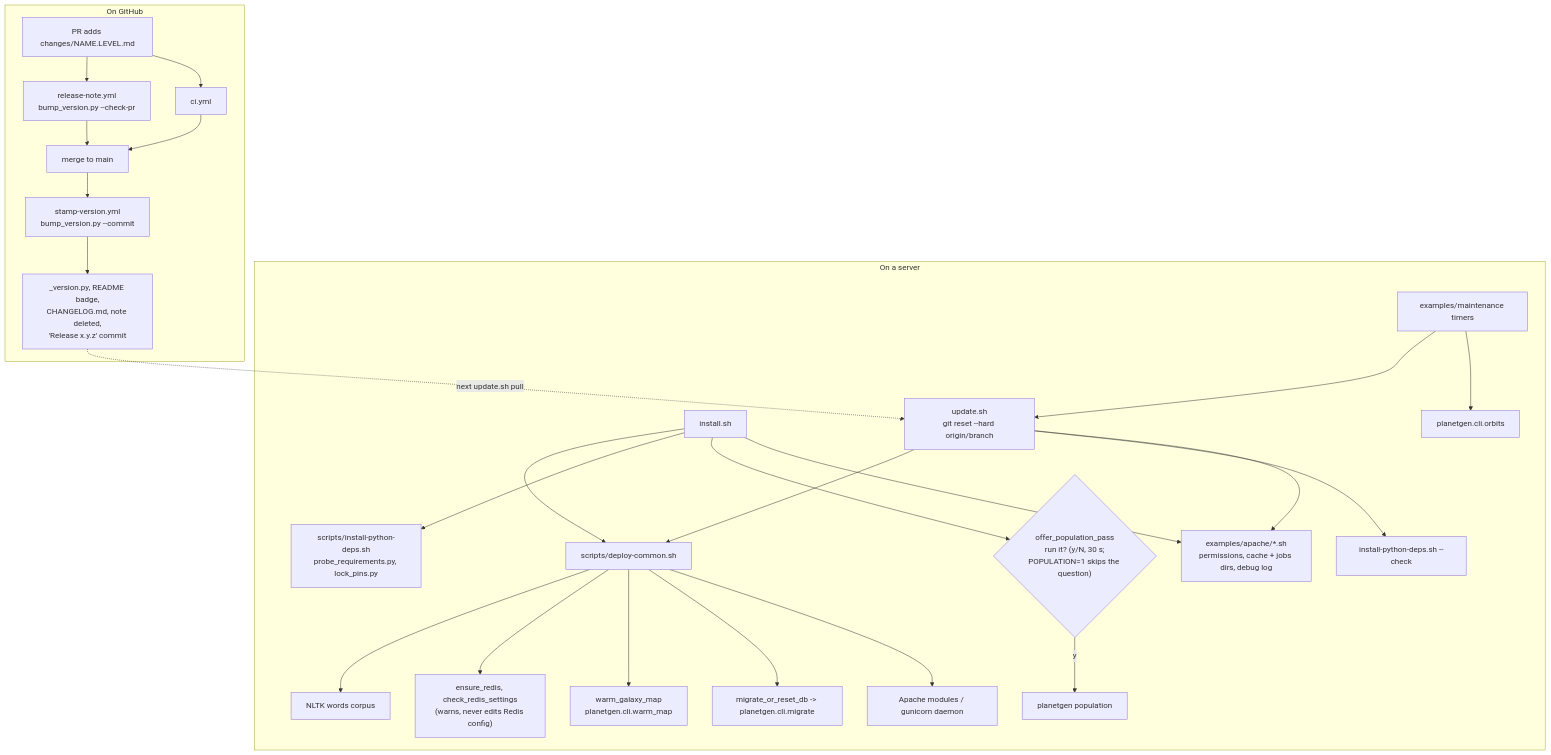
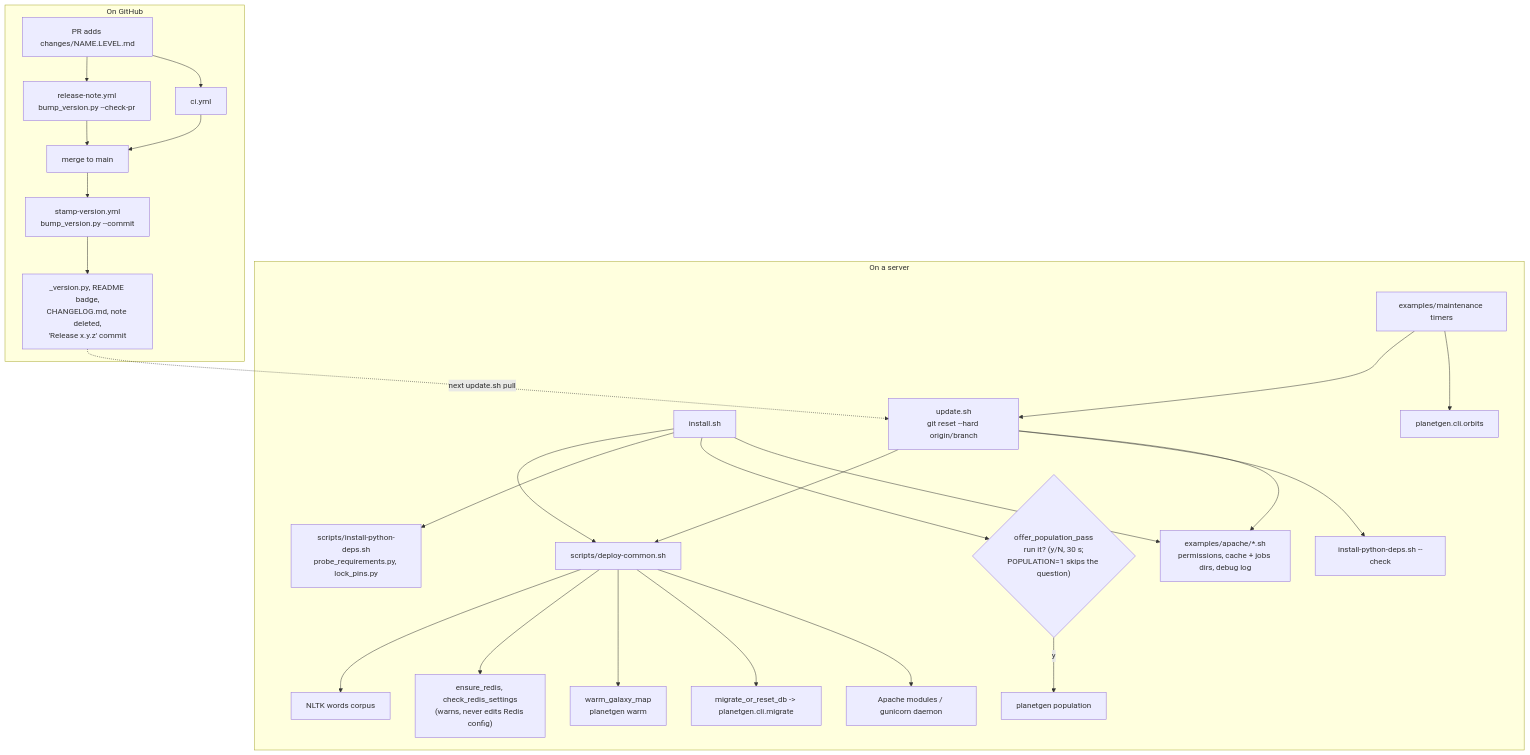
One commit to dwhagar/planetGen changed the eighth of 8 diagrams in docs/design/architecture.md. Above: the diagram before and after it, drawn with Mermaid. The commit also changed other lines of this file and 21 other files, not shown here.

````diff
--- a/docs/design/architecture.md
+++ b/docs/design/architecture.md
@@ -1039,29 +1039,29 @@
 ```mermaid
 flowchart TD
     subgraph Server["On a server"]
         I["install.sh"] --> DC["scripts/deploy-common.sh"]
         U["update.sh<br/>git reset --hard origin/branch"] --> DC
         I --> PD["scripts/install-python-deps.sh<br/>probe_requirements.py, lock_pins.py"]
         U --> PDC["install-python-deps.sh --check"]
         DC --> NL["NLTK words corpus"]
         DC --> RD["ensure_redis, check_redis_settings<br/>(warns, never edits Redis config)"]
-        DC --> WM["warm_galaxy_map<br/>planetgen.cli.warm_map"]
+        DC --> WM["warm_galaxy_map<br/>planetgen warm"]
         DC --> MR["migrate_or_reset_db -> planetgen.cli.migrate"]
         I --> POP{"offer_population_pass<br/>run it? (y/N, 30 s;<br/>POPULATION=1 skips the question)"}
         POP -->|"y"| GP["planetgen population"]
         DC --> WS["Apache modules / gunicorn daemon"]
         I --> EX["examples/apache/*.sh<br/>permissions, cache + jobs dirs, debug log"]
         U --> EX
         T["examples/maintenance timers"] --> U
         T --> UO["planetgen.cli.orbits"]
     end
     subgraph Release["On GitHub"]
         PR["PR adds changes/NAME.LEVEL.md"] --> RN["release-note.yml<br/>bump_version.py --check-pr"]
         PR --> CI["ci.yml"]
         RN --> Merge["merge to main"]
         CI --> Merge
         Merge --> SV["stamp-version.yml<br/>bump_version.py --commit"]
         SV --> Out["_version.py, README badge,<br/>CHANGELOG.md, note deleted,<br/>'Release x.y.z' commit"]
     end
     Out -. "next update.sh pull" .-> U
 ```
````
